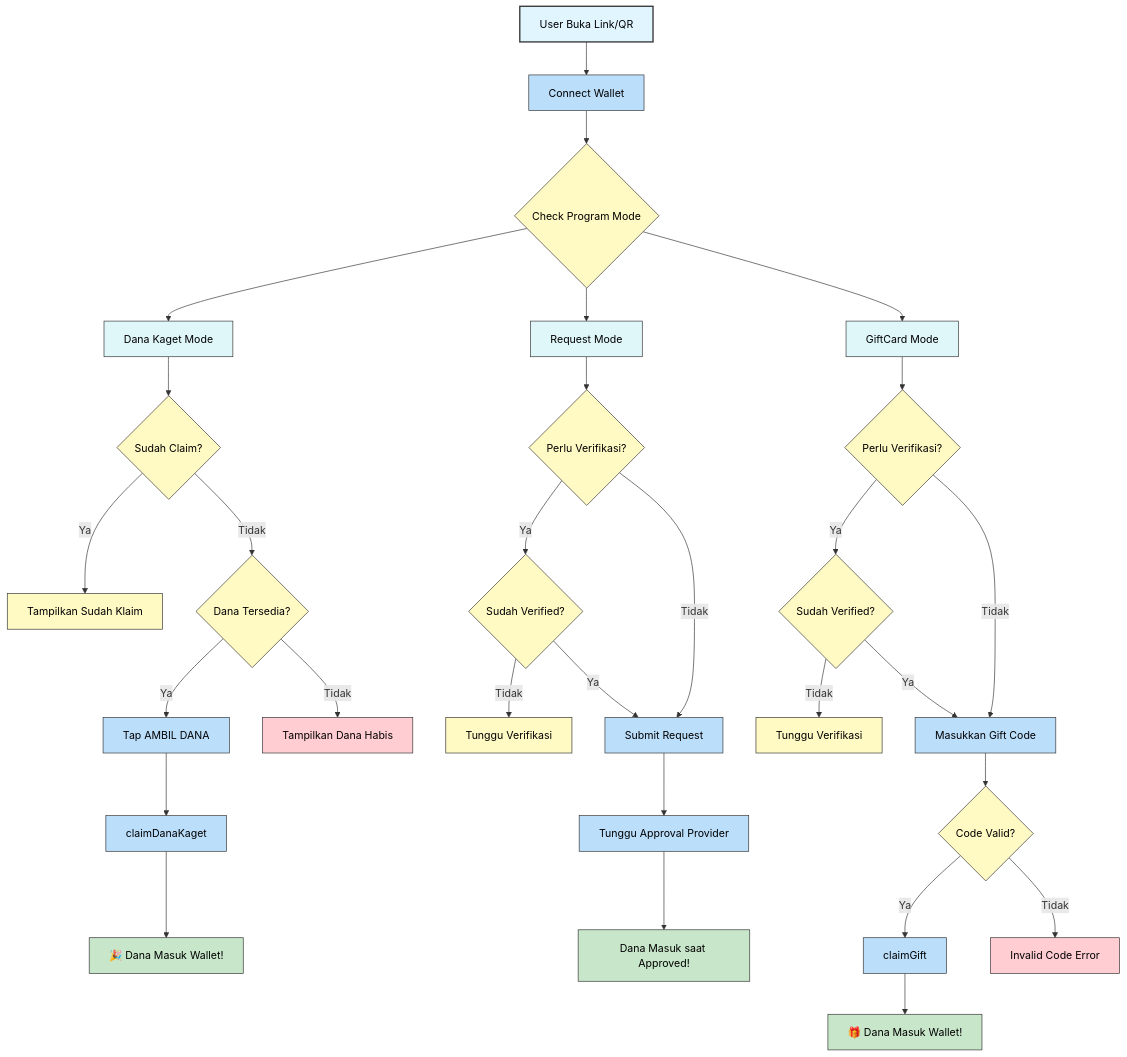
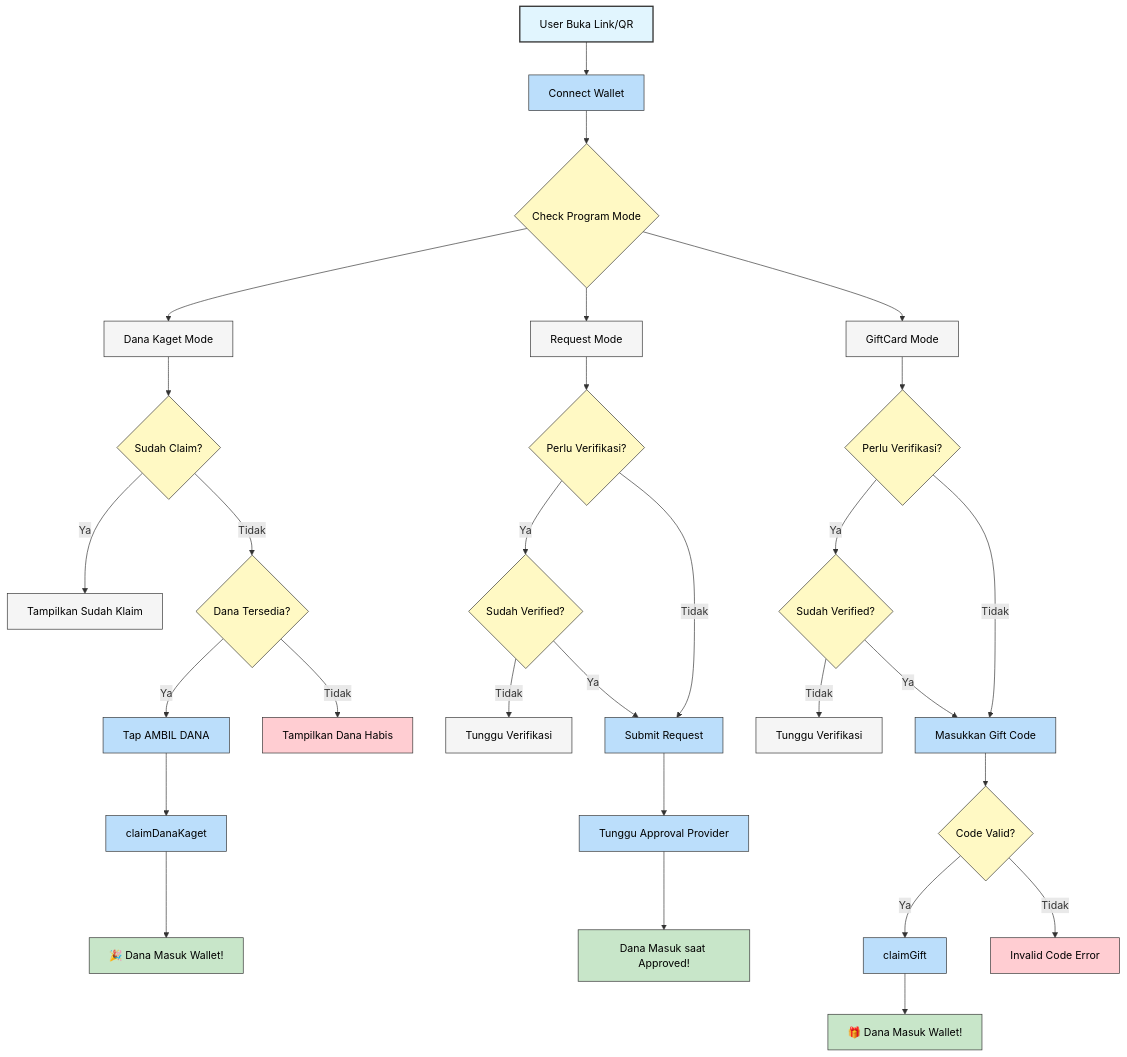
Before and after one commit to raflimulyarahman/PocketGrant: the fifth of 9 diagrams in WALKTHROUGH.md, drawn with Mermaid. The commit also changed other lines of this file, not shown here.

Commit message:
docs: synchronize color legend and Mermaid diagrams

````diff
--- a/WALKTHROUGH.md
+++ b/WALKTHROUGH.md
@@ -242,41 +250,41 @@
 ```mermaid
 flowchart TD
     classDef startNode stroke:#333,stroke-width:2px,fill:#e1f5fe,color:#000
+    classDef actionNode stroke:#333,stroke-width:1px,fill:#bbdefb,color:#000
     classDef decision stroke:#333,stroke-width:1px,fill:#fff9c4,color:#000
-    classDef action stroke:#333,stroke-width:1px,fill:#bbdefb,color:#000
     classDef success stroke:#333,stroke-width:1px,fill:#c8e6c9,color:#000
     classDef danger stroke:#333,stroke-width:1px,fill:#ffcdd2,color:#000
-    classDef info stroke:#333,stroke-width:1px,fill:#e0f7fa,color:#000
+    classDef infoNode stroke:#333,stroke-width:1px,fill:#f5f5f5,color:#000
 
-    A[User Buka Link/QR]:::startNode --> B[Connect Wallet]:::action
+    A["User Buka Link/QR"]:::startNode --> B["Connect Wallet"]:::actionNode
     B --> C{Check Program Mode}:::decision
 
-    C --> D[Dana Kaget Mode]:::info
+    C --> D["Dana Kaget Mode"]:::infoNode
     D --> D1{Sudah Claim?}:::decision
-    D1 -->|Ya| D2[Tampilkan Sudah Klaim]:::decision
+    D1 -->|Ya| D2["Tampilkan Sudah Klaim"]:::infoNode
     D1 -->|Tidak| D3{Dana Tersedia?}:::decision
-    D3 -->|Ya| D4["Tap AMBIL DANA"]:::action
-    D3 -->|Tidak| D5[Tampilkan Dana Habis]:::danger
-    D4 --> D6[claimDanaKaget]:::action
-    D6 --> D7[🎉 Dana Masuk Wallet!]:::success
+    D3 -->|Ya| D4["Tap AMBIL DANA"]:::actionNode
+    D3 -->|Tidak| D5["Tampilkan Dana Habis"]:::danger
+    D4 --> D6["claimDanaKaget"]:::actionNode
+    D6 --> D7["🎉 Dana Masuk Wallet!"]:::success
 
-    C --> E[Request Mode]:::info
+    C --> E["Request Mode"]:::infoNode
     E --> E1{Perlu Verifikasi?}:::decision
     E1 -->|Ya| E2{Sudah Verified?}:::decision
-    E2 -->|Tidak| E3[Tunggu Verifikasi]:::decision
-    E2 -->|Ya| E4[Submit Request]:::action
+    E2 -->|Tidak| E3["Tunggu Verifikasi"]:::infoNode
+    E2 -->|Ya| E4["Submit Request"]:::actionNode
     E1 -->|Tidak| E4
-    E4 --> E5[Tunggu Approval Provider]:::action
-    E5 --> E6[Dana Masuk saat Approved!]:::success
+    E4 --> E5["Tunggu Approval Provider"]:::actionNode
+    E5 --> E6["Dana Masuk saat Approved!"]:::success
 
-    C --> F[GiftCard Mode]:::info
+    C --> F["GiftCard Mode"]:::infoNode
     F --> F1{Perlu Verifikasi?}:::decision
     F1 -->|Ya| F2{Sudah Verified?}:::decision
-    F2 -->|Tidak| F3[Tunggu Verifikasi]:::decision
-    F2 -->|Ya| F4[Masukkan Gift Code]:::action
+    F2 -->|Tidak| F3["Tunggu Verifikasi"]:::infoNode
+    F2 -->|Ya| F4["Masukkan Gift Code"]:::actionNode
     F1 -->|Tidak| F4
     F4 --> F5{Code Valid?}:::decision
-    F5 -->|Ya| F6[claimGift]:::action
-    F5 -->|Tidak| F7[Invalid Code Error]:::danger
-    F6 --> F8[🎁 Dana Masuk Wallet!]:::success
+    F5 -->|Ya| F6["claimGift"]:::actionNode
+    F5 -->|Tidak| F7["Invalid Code Error"]:::danger
+    F6 --> F8["🎁 Dana Masuk Wallet!"]:::success
 ```
````
